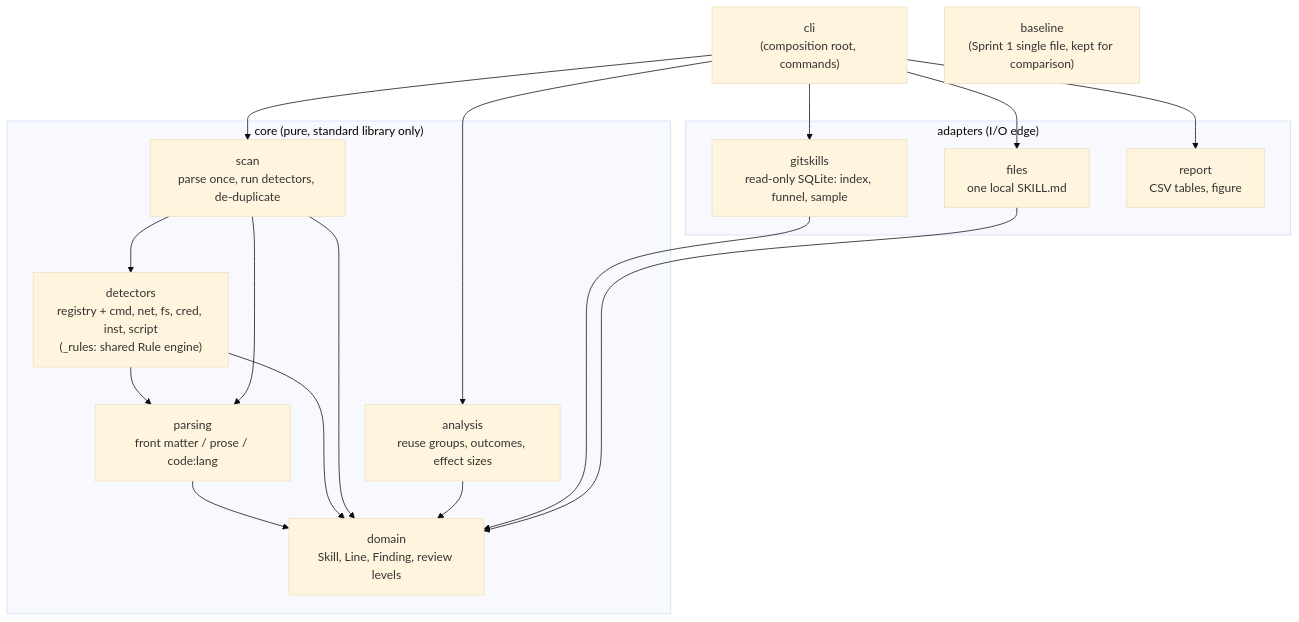
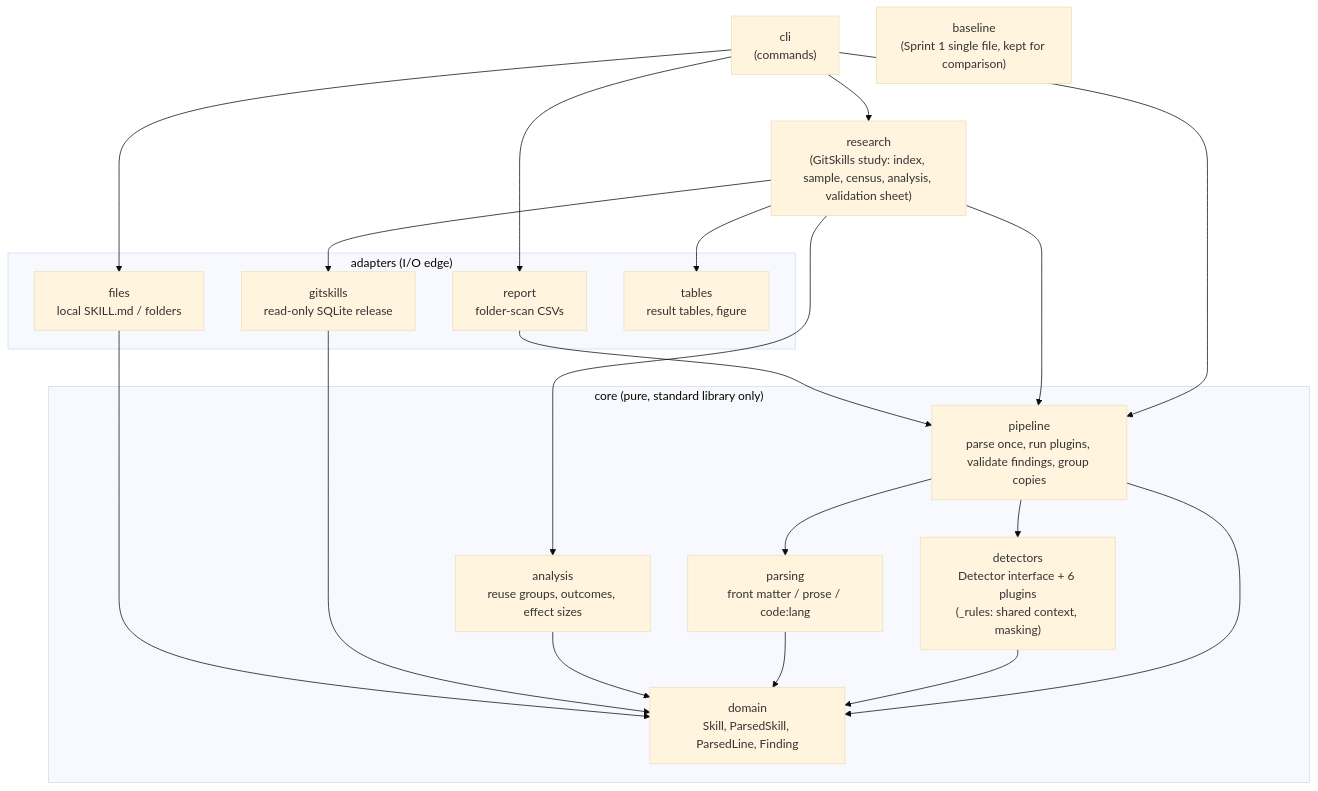
The second of 4 diagrams in docs/architecture/README.md (Ibrahimatatri/SWE-330-and-380), drawn with Mermaid (base theme) before and after one commit. The commit also changed other lines of this file and 15 other files, not shown here.

Commit message:
Final architecture views and ADRs 0010-0011

````diff
--- a/docs/architecture/README.md
+++ b/docs/architecture/README.md
@@ -34,25 +34,28 @@
 ```mermaid
 flowchart TB
-    cli["cli<br/>(composition root, commands)"]
+    cli["cli<br/>(commands)"]
+    research["research<br/>(GitSkills study: index, sample, census, analysis, validation sheet)"]
     subgraph adapters["adapters (I/O edge)"]
-        gitskills["gitskills<br/>read-only SQLite: index, funnel, sample"]
-        files["files<br/>one local SKILL.md"]
-        report["report<br/>CSV tables, figure"]
+        files["files<br/>local SKILL.md / folders"]
+        gitskills["gitskills<br/>read-only SQLite release"]
+        report["report<br/>folder-scan CSVs"]
+        tables["tables<br/>result tables, figure"]
     end
     subgraph core["core (pure, standard library only)"]
-        scan["scan<br/>parse once, run detectors, de-duplicate"]
-        detectors["detectors<br/>registry + cmd, net, fs, cred, inst, script<br/>(_rules: shared Rule engine)"]
+        pipeline["pipeline<br/>parse once, run plugins, validate findings, group copies"]
+        detectors["detectors<br/>Detector interface + 6 plugins<br/>(_rules: shared context, masking)"]
         parsing["parsing<br/>front matter / prose / code:lang"]
         analysis["analysis<br/>reuse groups, outcomes, effect sizes"]
-        domain["domain<br/>Skill, Line, Finding, review levels"]
+        domain["domain<br/>Skill, ParsedSkill, ParsedLine, Finding"]
     end
     baseline["baseline<br/>(Sprint 1 single file, kept for comparison)"]
-    cli --> gitskills & files & report & scan & analysis
-    scan --> detectors --> parsing --> domain
-    scan --> parsing
+    cli --> research & pipeline & files & report
+    research --> gitskills & tables & pipeline & analysis
+    report --> pipeline
+    pipeline --> parsing & detectors & domain
     detectors --> domain
-    scan --> domain
+    parsing --> domain
     analysis --> domain
     gitskills --> domain
     files --> domain
 ```
````
